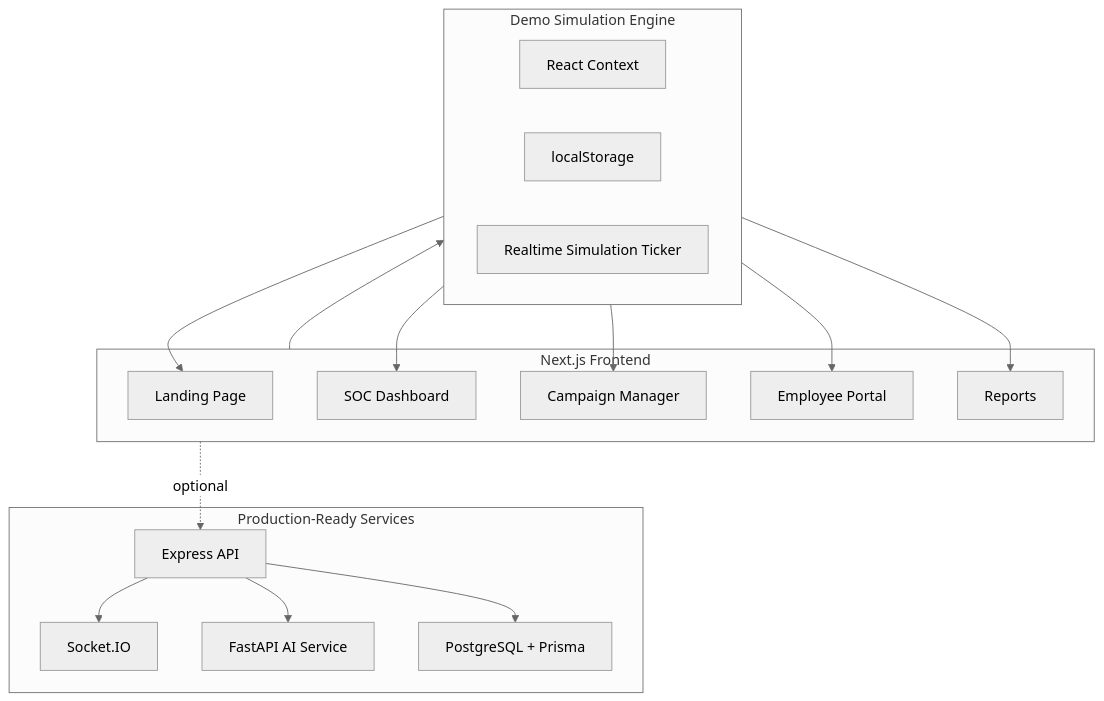
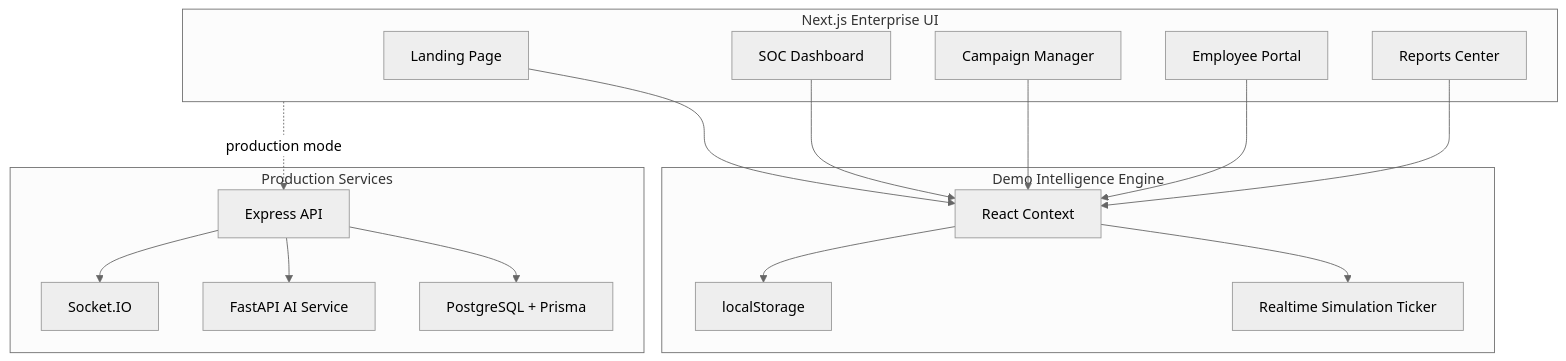
Before and after one commit to LALITHD-21/PISHNET-AI: the second of 3 diagrams in README.md, drawn with Mermaid (neutral theme). The commit also changed other lines of this file, not shown here.

````diff
--- a/README.md
+++ b/README.md
@@ -290,34 +423,35 @@
 ```mermaid
 flowchart TB
-    subgraph Frontend["Next.js Frontend"]
-        L["Landing Page"]
-        D["SOC Dashboard"]
-        C["Campaign Manager"]
-        E["Employee Portal"]
-        R["Reports"]
+    subgraph UI["Next.js Enterprise UI"]
+        Landing["Landing Page"]
+        SOC["SOC Dashboard"]
+        Campaigns["Campaign Manager"]
+        Employee["Employee Portal"]
+        Reports["Reports Center"]
     end
 
-    subgraph State["Demo Simulation Engine"]
-        S["React Context"]
-        LS["localStorage"]
-        T["Realtime Simulation Ticker"]
+    subgraph Demo["Demo Intelligence Engine"]
+        Context["React Context"]
+        Storage["localStorage"]
+        Ticker["Realtime Simulation Ticker"]
     end
 
-    subgraph Backend["Production-Ready Services"]
+    subgraph Services["Production Services"]
         API["Express API"]
-        IO["Socket.IO"]
+        Realtime["Socket.IO"]
         AI["FastAPI AI Service"]
         DB["PostgreSQL + Prisma"]
     end
 
-    Frontend --> State
-    State --> L
-    State --> D
-    State --> C
-    State --> E
-    State --> R
-    Frontend -. optional .-> API
-    API --> IO
+    Landing --> Context
+    SOC --> Context
+    Campaigns --> Context
+    Employee --> Context
+    Reports --> Context
+    Context --> Storage
+    Context --> Ticker
+    UI -. production mode .-> API
+    API --> Realtime
     API --> DB
     API --> AI
 ```
````
